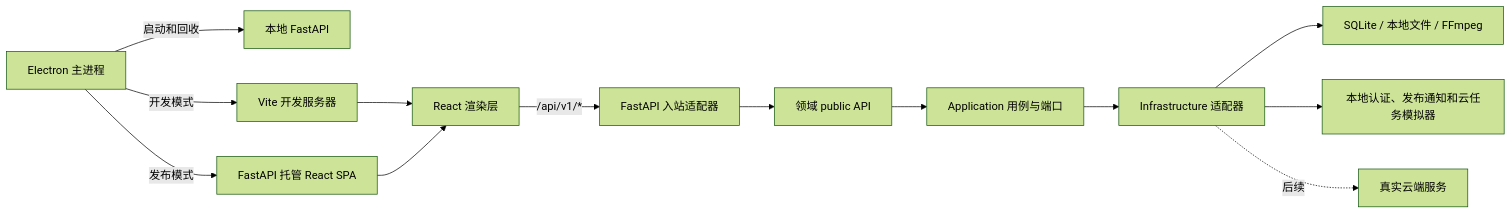
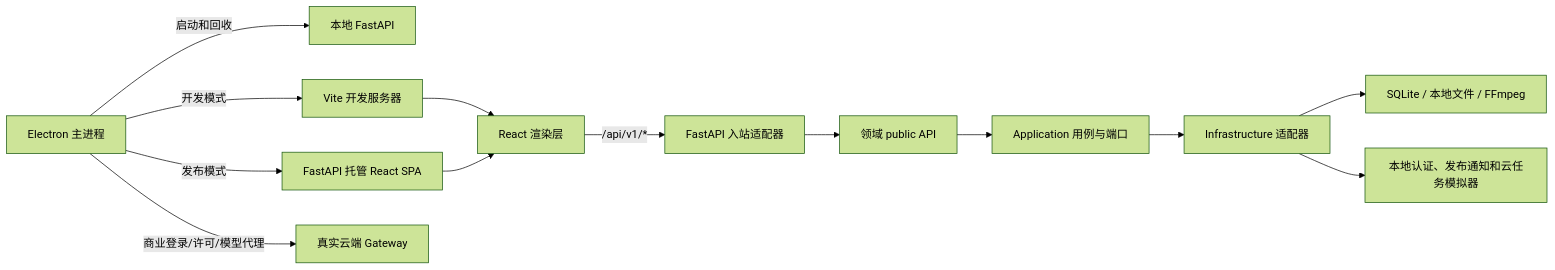
The diagram in README.md (alanbulan/aianime), drawn with Mermaid (forest theme) before and after one commit. The commit also changed other lines of this file and 1 other file, not shown here.

````diff
--- a/README.md
+++ b/README.md
@@ -9,15 +9,15 @@
 ```mermaid
 flowchart LR
     Electron[Electron 主进程] -->|启动和回收| API[本地 FastAPI]
     Electron -->|开发模式| Vite[Vite 开发服务器]
     Electron -->|发布模式| SPA[FastAPI 托管 React SPA]
     Vite --> UI[React 渲染层]
     SPA --> UI
     UI -->|/api/v1/*| Routes[FastAPI 入站适配器]
     Routes --> Public[领域 public API]
     Public --> App[Application 用例与端口]
     App --> Infra[Infrastructure 适配器]
     Infra --> Local[SQLite / 本地文件 / FFmpeg]
     Infra --> Mock[本地认证、发布通知和云任务模拟器]
-    Infra -. 后续 .-> Cloud[真实云端服务]
+    Electron -->|商业登录/许可/模型代理| Cloud[真实云端 Gateway]
 ```
````
